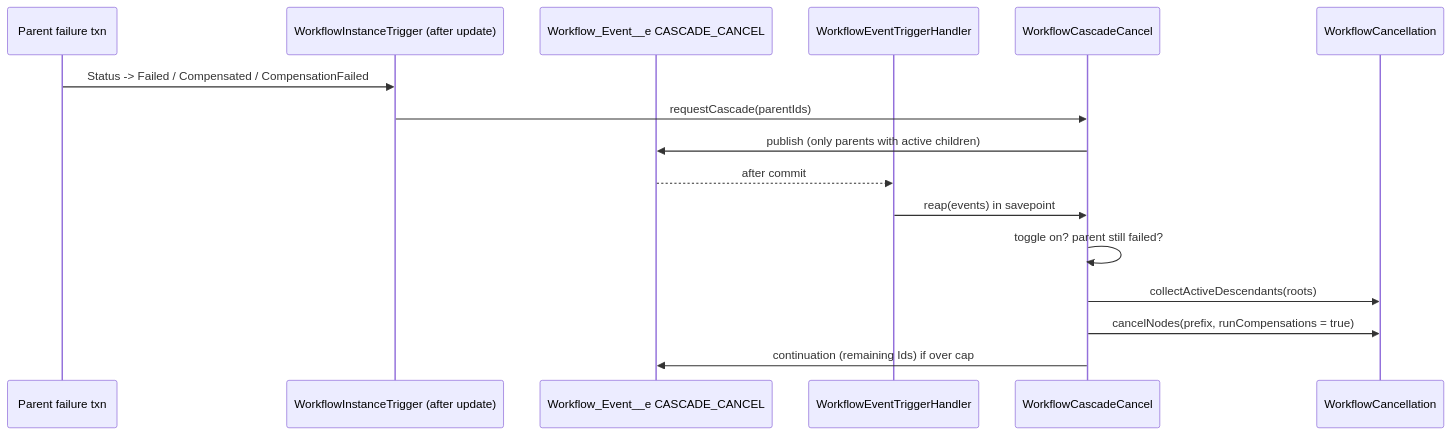
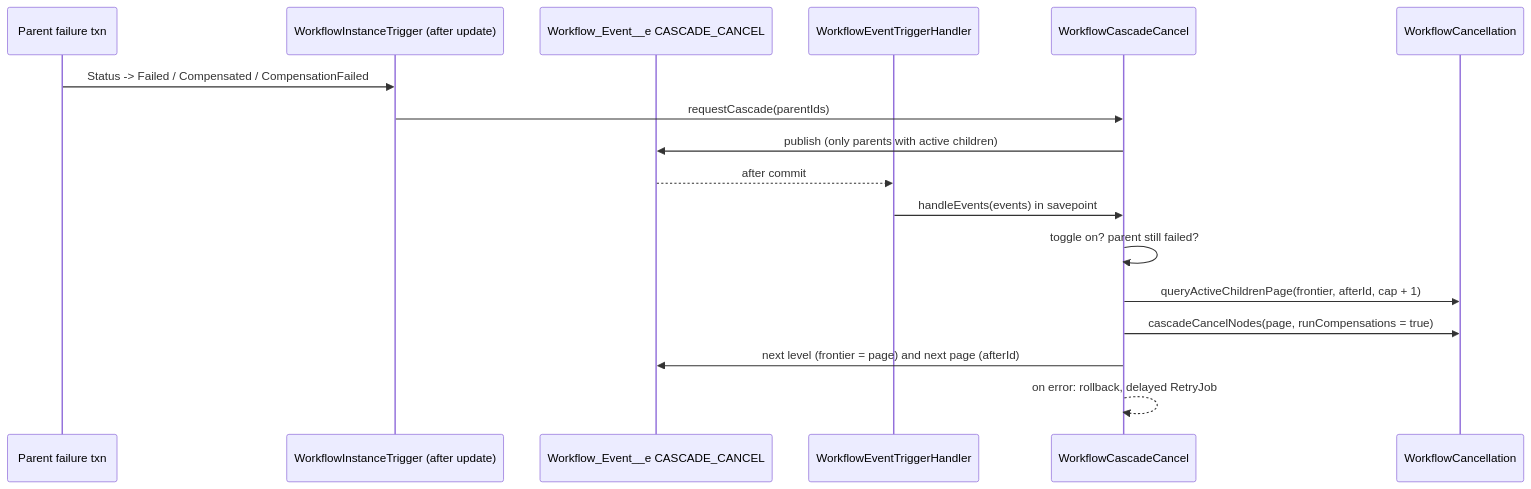
One commit to madmax983/revenant changed the diagram in docs/plans/2026-09-27-cascade-cancel-children-on-failure.md. Above: the diagram before and after it, drawn with Mermaid. The commit also changed other lines of this file and 5 other files, not shown here.

First line of the commit message:
fix(#94): page the cascade walk, re-check the parent, retry with backoff

````diff
--- a/docs/plans/2026-09-27-cascade-cancel-children-on-failure.md
+++ b/docs/plans/2026-09-27-cascade-cancel-children-on-failure.md
@@ -48,18 +48,19 @@
 ```mermaid
 sequenceDiagram
     participant P as Parent failure txn
     participant T as WorkflowInstanceTrigger (after update)
     participant E as Workflow_Event__e CASCADE_CANCEL
     participant H as WorkflowEventTriggerHandler
     participant C as WorkflowCascadeCancel
     participant W as WorkflowCancellation
     P->>T: Status -> Failed / Compensated / CompensationFailed
     T->>C: requestCascade(parentIds)
     C->>E: publish (only parents with active children)
     E-->>H: after commit
-    H->>C: reap(events) in savepoint
+    H->>C: handleEvents(events) in savepoint
     C->>C: toggle on? parent still failed?
-    C->>W: collectActiveDescendants(roots)
-    C->>W: cancelNodes(prefix, runCompensations = true)
-    C->>E: continuation (remaining Ids) if over cap
+    C->>W: queryActiveChildrenPage(frontier, afterId, cap + 1)
+    C->>W: cascadeCancelNodes(page, runCompensations = true)
+    C->>E: next level (frontier = page) and next page (afterId)
+    C-->>C: on error: rollback, delayed RetryJob
 ```
````
